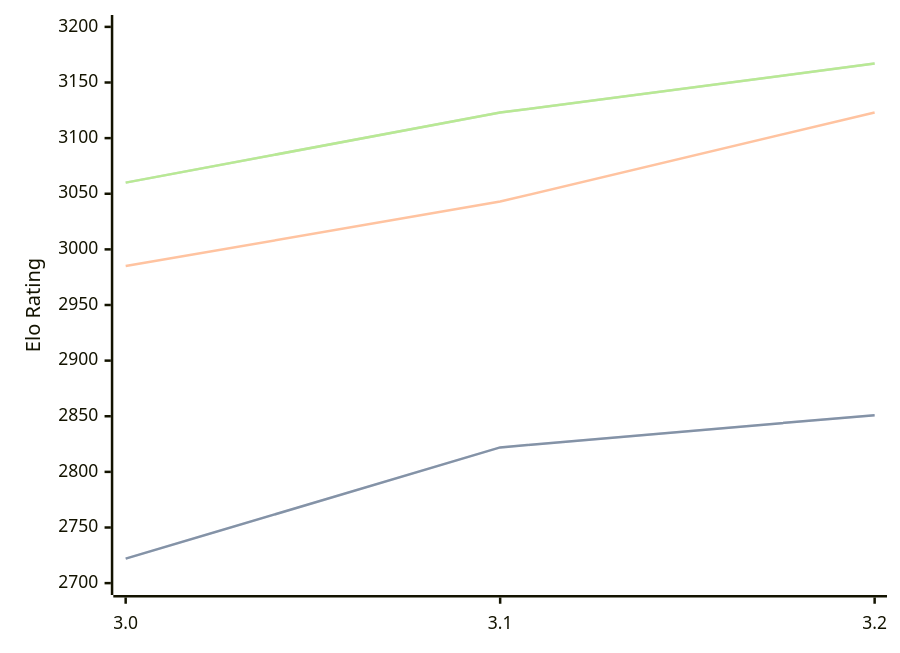
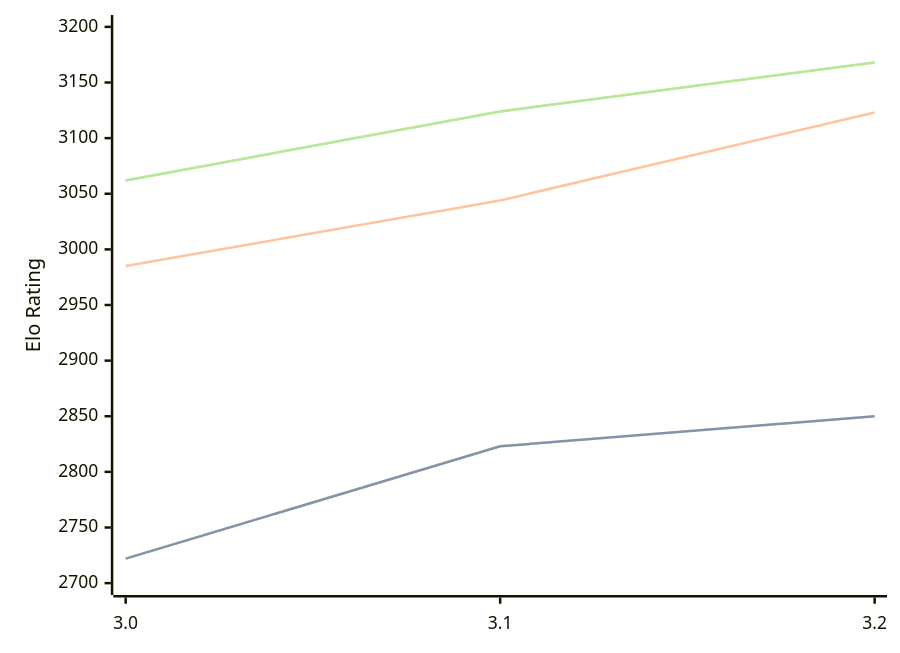
The diagram in engines/Vajolet2.md (computer-chess-index/cci), drawn with Mermaid before and after one commit. The commit also changed other lines of this file, not shown here.

Commit message:
Update CCI Ratings (ELO VLTC) - 2026-08-19

````diff
--- a/engines/Vajolet2.md
+++ b/engines/Vajolet2.md
@@ -33,11 +33,11 @@
 ```mermaid
 %%{init: {"theme":"base","themeVariables":{"seriesColors:['#a3a3a3','#222221','#faa371']}}}%%
 xychart-beta
   x-axis ["3.0", "3.1", "3.2"]
   y-axis "Elo Rating" 2700 --> 3200
-  line "STC (8.0+0.08s)" [2722, 2822, 2851]
-  line "STC (8.0+0.08s)" [2722, 2822, 2851]
-  line "LTC (60.0+0.60s)" [2985, 3043, 3123]
-  line "VLTC (2m24s+1.12s)" [3060, 3123, 3167]
-  line "VLTC (2m24s+1.12s)" [3060, 3123, 3167]
+  line "STC (8.0+0.08s)" [2722, 2823, 2850]
+  line "STC (8.0+0.08s)" [2722, 2823, 2850]
+  line "LTC (60.0+0.60s)" [2985, 3044, 3123]
+  line "VLTC (2m24s+1.12s)" [3062, 3124, 3168]
+  line "VLTC (2m24s+1.12s)" [3062, 3124, 3168]
 ```
````
